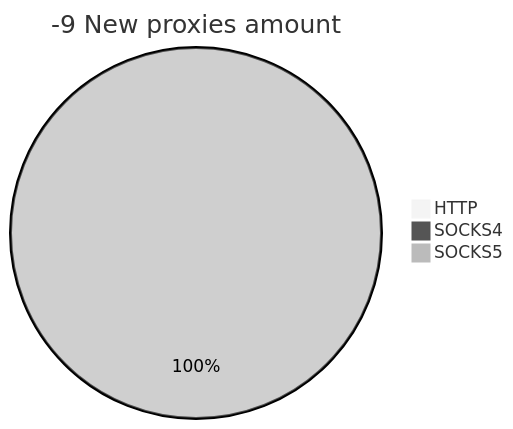
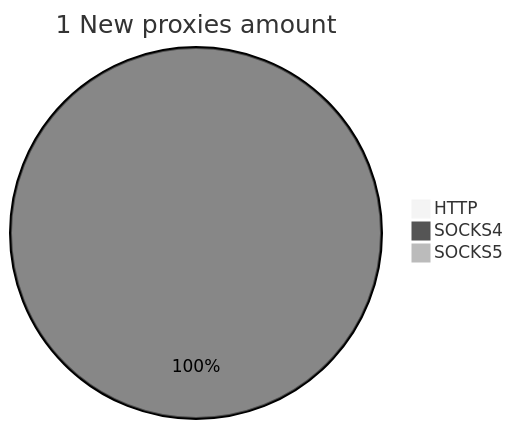
The second of 2 diagrams in README.md (cutipu/proxylist), drawn with Mermaid (neutral theme) before and after one commit. The commit also changed other lines of this file, not shown here.

````diff
--- a/README.md
+++ b/README.md
@@ -10,6 +10,6 @@
 ```mermaid
-pie title -9 New proxies amount
+pie title 1 New proxies amount
     "HTTP" : 0
-    "SOCKS4" : 0
-    "SOCKS5" : 1
+    "SOCKS4" : 2
+    "SOCKS5" : 0
 ```
````
